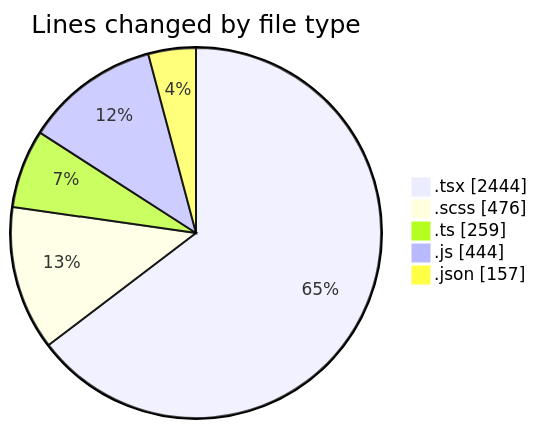
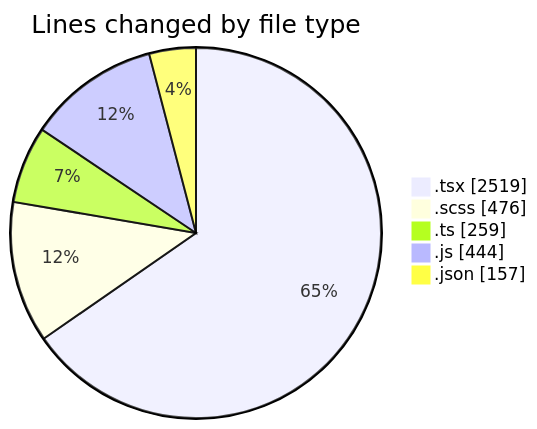
Before and after one commit to momahboobian/code-tracking: the first of 2 diagrams in 2026-04-23/cda/README.md, drawn with Mermaid. The commit also changed other lines of this file and 1 other file, not shown here.

````diff
--- a/2026-04-23/cda/README.md
+++ b/2026-04-23/cda/README.md
@@ -38,9 +39,9 @@
 ```mermaid
 pie showData
 title Lines changed by file type
-".tsx" : 2444
+".tsx" : 2519
 ".scss" : 476
 ".ts" : 259
 ".js" : 444
 ".json" : 157
 ```
````
